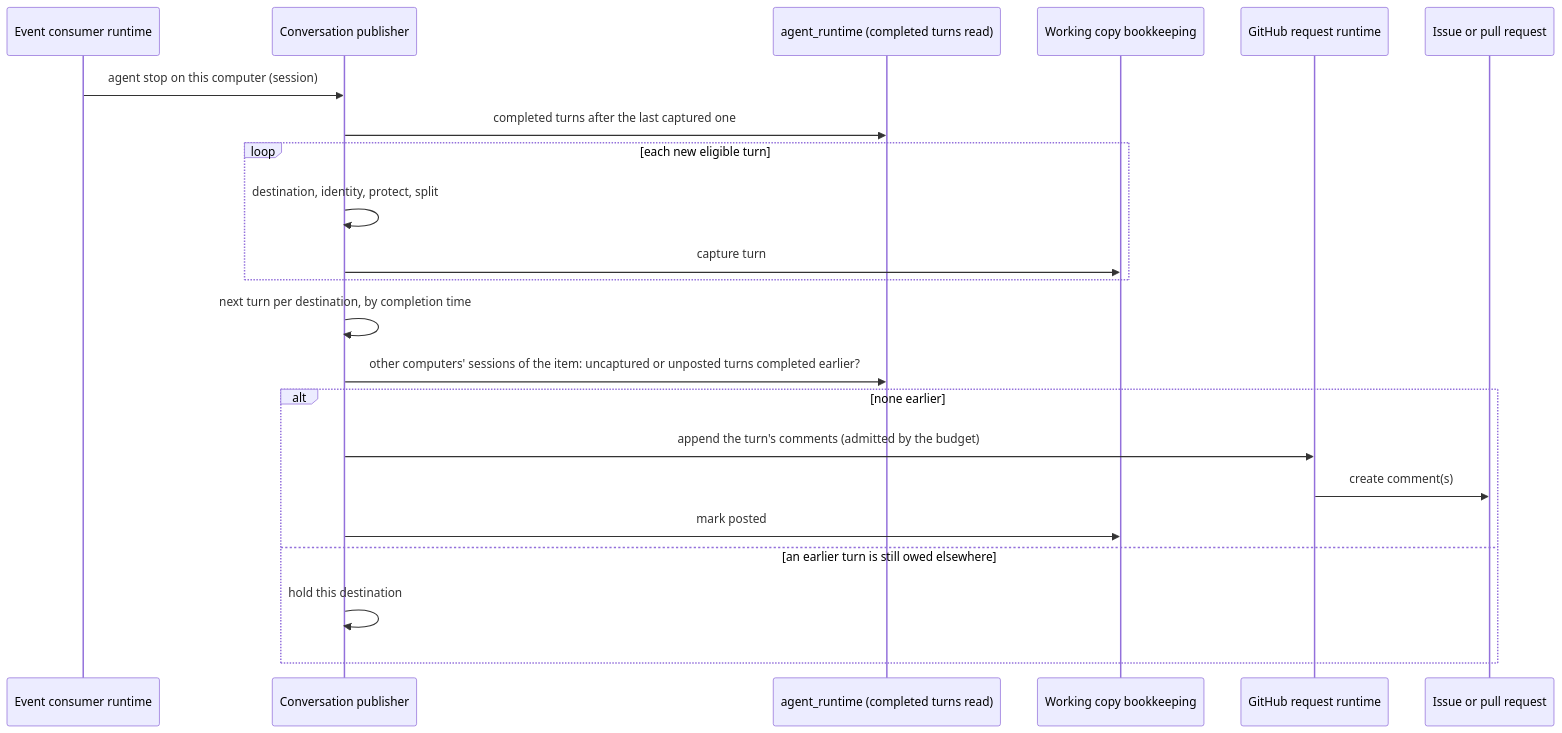
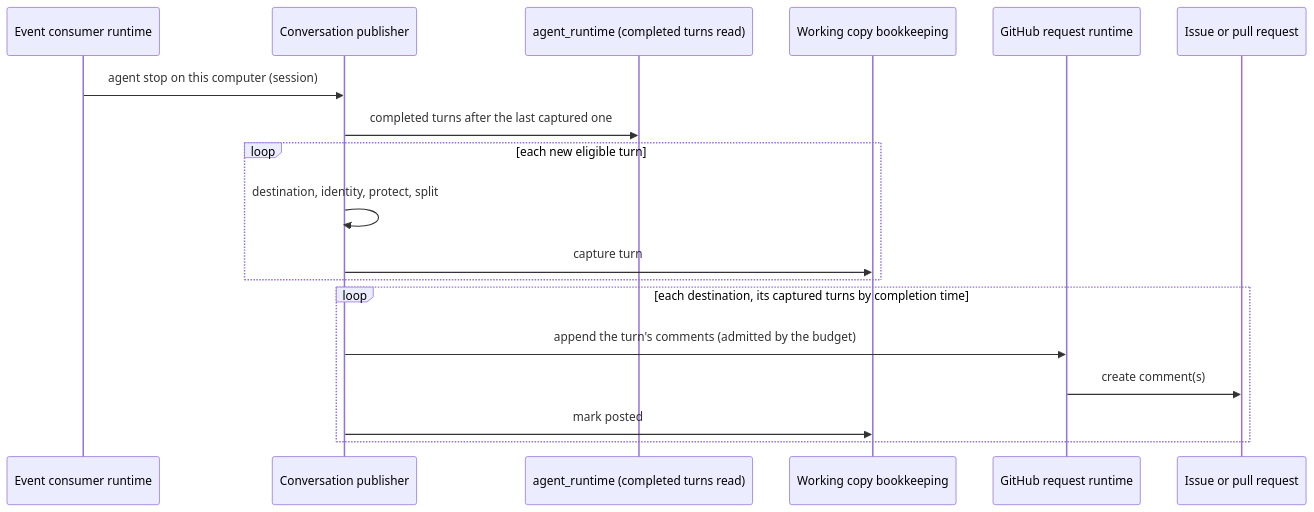
The diagram in docs/local/design/architecture/work-item-conversation.md (InstruktAI/TeleClaude), drawn with Mermaid before and after one commit. The commit also changed other lines of this file and 3 other files, not shown here.

First line of the commit message:
docs(work-item-conversation): follow the re-approved PRD: open-PR destination, per-computer order with completion times, fleet-wide budget share

````diff
--- a/docs/local/design/architecture/work-item-conversation.md
+++ b/docs/local/design/architecture/work-item-conversation.md
@@ -155,24 +160,20 @@
 ```mermaid
 sequenceDiagram
     participant EC as Event consumer runtime
     participant P as Conversation publisher
     participant AR as agent_runtime (completed turns read)
     participant WC as Working copy bookkeeping
     participant IO as GitHub request runtime
     participant GH as Issue or pull request
     EC->>P: agent stop on this computer (session)
     P->>AR: completed turns after the last captured one
     loop each new eligible turn
         P->>P: destination, identity, protect, split
         P->>WC: capture turn
     end
-    P->>P: next turn per destination, by completion time
-    P->>AR: other computers' sessions of the item: uncaptured or unposted turns completed earlier?
-    alt none earlier
+    loop each destination, its captured turns by completion time
         P->>IO: append the turn's comments (admitted by the budget)
         IO->>GH: create comment(s)
         P->>WC: mark posted
-    else an earlier turn is still owed elsewhere
-        P->>P: hold this destination
     end
 ```
````
